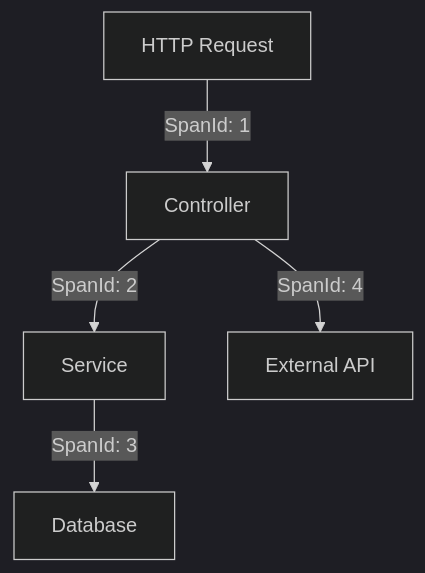
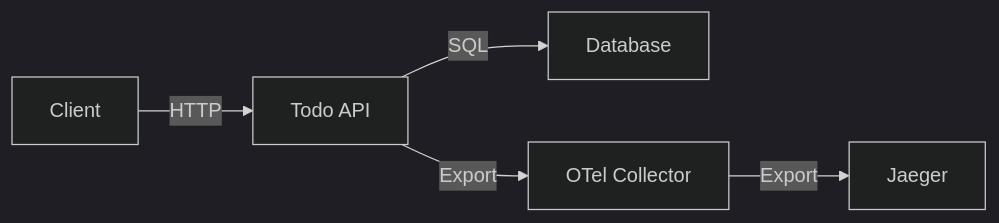
The third of 3 diagrams in docs/chapters/03_observability/03_trace_visualization.md (shibryo/otel-dotnet6-todo), drawn with Mermaid (dark theme) before and after one commit. The commit also changed other lines of this file and 5 other files, not shown here.

````diff
--- a/docs/chapters/03_observability/03_trace_visualization.md
+++ b/docs/chapters/03_observability/03_trace_visualization.md
@@ -30,7 +105,7 @@
-   ```mermaid
-   graph TD
-    A[HTTP Request] -->|SpanId: 1| B[Controller]
-    B -->|SpanId: 2| C[Service]
-    C -->|SpanId: 3| D[Database]
-    B -->|SpanId: 4| E[External API]
-   ```
+```mermaid
+graph LR
+    A[Client] -->|HTTP| B[Todo API]
+    B -->|SQL| C[Database]
+    B -->|Export| D[OTel Collector]
+    D -->|Export| E[Jaeger]
+```
````
